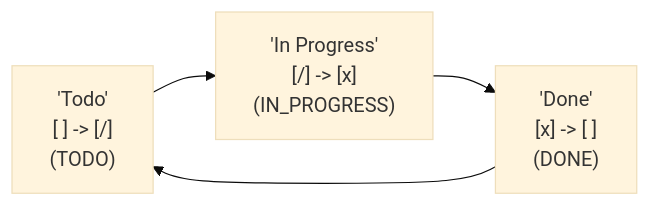
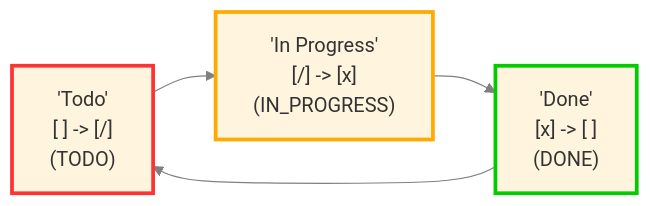
Before and after one commit to obsidian-tasks-group/obsidian-tasks: the first of 3 diagrams in docs/Getting Started/Statuses/Recurring Tasks and Custom Statuses.md, drawn with Mermaid (base theme). The commit also changed other lines of this file and 1 other file, not shown here.

Commit message:
docs: Show Status Type as coloured edges in Status Diagrams

````diff
--- a/docs/Getting Started/Statuses/Recurring Tasks and Custom Statuses.md
+++ b/docs/Getting Started/Statuses/Recurring Tasks and Custom Statuses.md
@@ -31,9 +31,18 @@
 ```mermaid
 flowchart LR
-1["'Todo'<br>[ ] -> [/]<br>(TODO)"]
-2["'In Progress'<br>[/] -> [x]<br>(IN_PROGRESS)"]
-3["'Done'<br>[x] -> [ ]<br>(DONE)"]
+
+classDef TODO        stroke:#f33,stroke-width:3px;
+classDef DONE        stroke:#0c0,stroke-width:3px;
+classDef IN_PROGRESS stroke:#fa0,stroke-width:3px;
+classDef CANCELLED   stroke:#ddd,stroke-width:3px;
+classDef NON_TASK    stroke:#99e,stroke-width:3px;
+
+1["'Todo'<br>[ ] -> [/]<br>(TODO)"]:::TODO
+2["'In Progress'<br>[/] -> [x]<br>(IN_PROGRESS)"]:::IN_PROGRESS
+3["'Done'<br>[x] -> [ ]<br>(DONE)"]:::DONE
 1 --> 2
 2 --> 3
 3 --> 1
+
+linkStyle default stroke:gray
 ```
````
